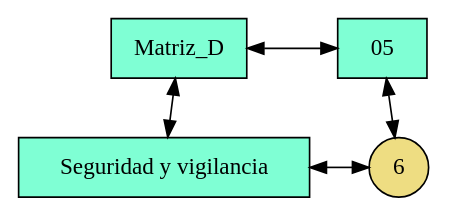
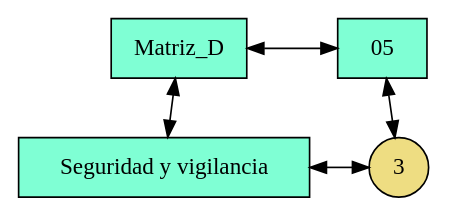
Before and after one commit to William58-0/201909103_ProyectoEDD: the diagram in frontend/src/assets/img/2019-01.dot, drawn with Graphviz. The commit also changed 44 other files, not shown here.

```diff
--- a/frontend/src/assets/img/2019-01.dot
+++ b/frontend/src/assets/img/2019-01.dot
@@ -1,16 +1,16 @@
 digraph {
 rankdir = BT;
 node [shape=rectangle style=filled];
 graph[ nodesep = 0.5];
 { rank=same; nodoMatriz_D; nodo05;}
  { rank=same; nodoSeguridad_y_vigilancia; nodo05Seguridad_y_vigilancia;}
  nodoMatriz_D [label="Matriz_D" fillcolor=aquamarine]
 nodo05 [label="05" fillcolor=aquamarine]
 nodoMatriz_D->nodo05 [dir=both]
 nodoSeguridad_y_vigilancia [label="Seguridad y vigilancia" fillcolor=aquamarine]
 nodoSeguridad_y_vigilancia->nodoMatriz_D [dir=both]
-nodo05Seguridad_y_vigilancia [label="6" shape=circle fillcolor=lightgoldenrod]
+nodo05Seguridad_y_vigilancia [label="3" shape=circle fillcolor=lightgoldenrod]
 nodo05Seguridad_y_vigilancia->nodo05 [dir=both]
 nodoSeguridad_y_vigilancia->nodo05Seguridad_y_vigilancia [constraint=false; dir=both]
 { rank=same; nodoMatriz_D; nodo05; }
  }
```
